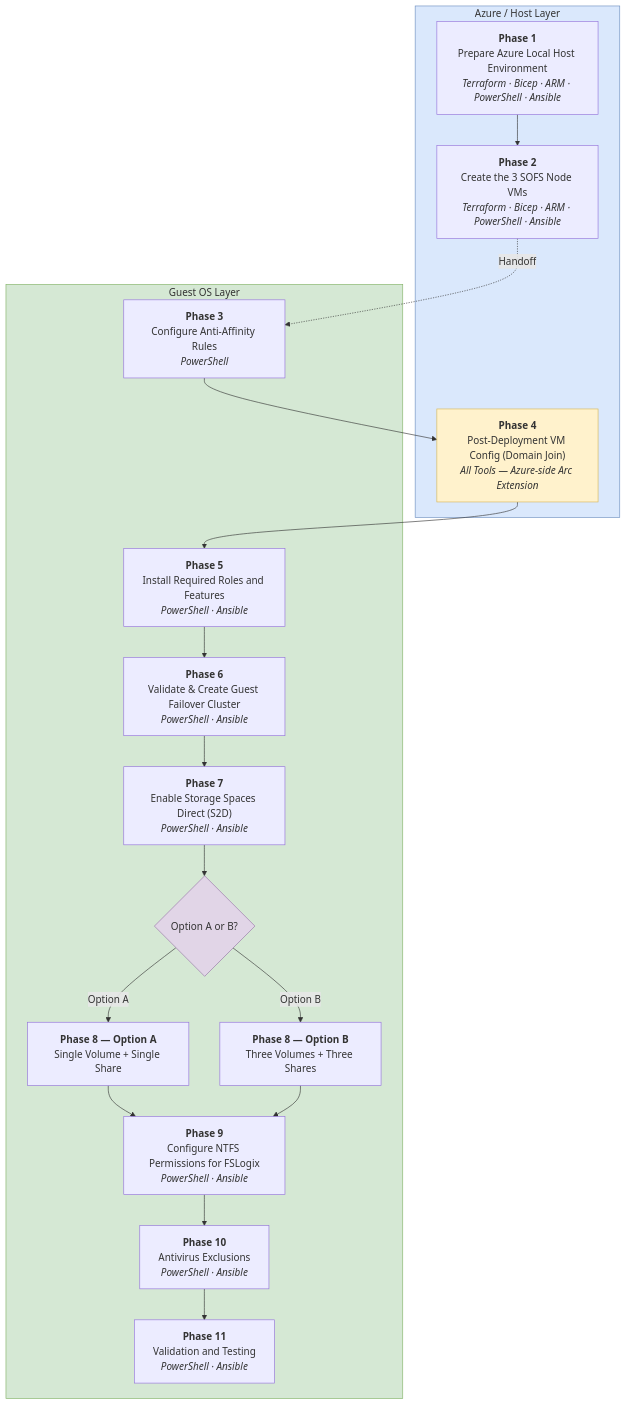
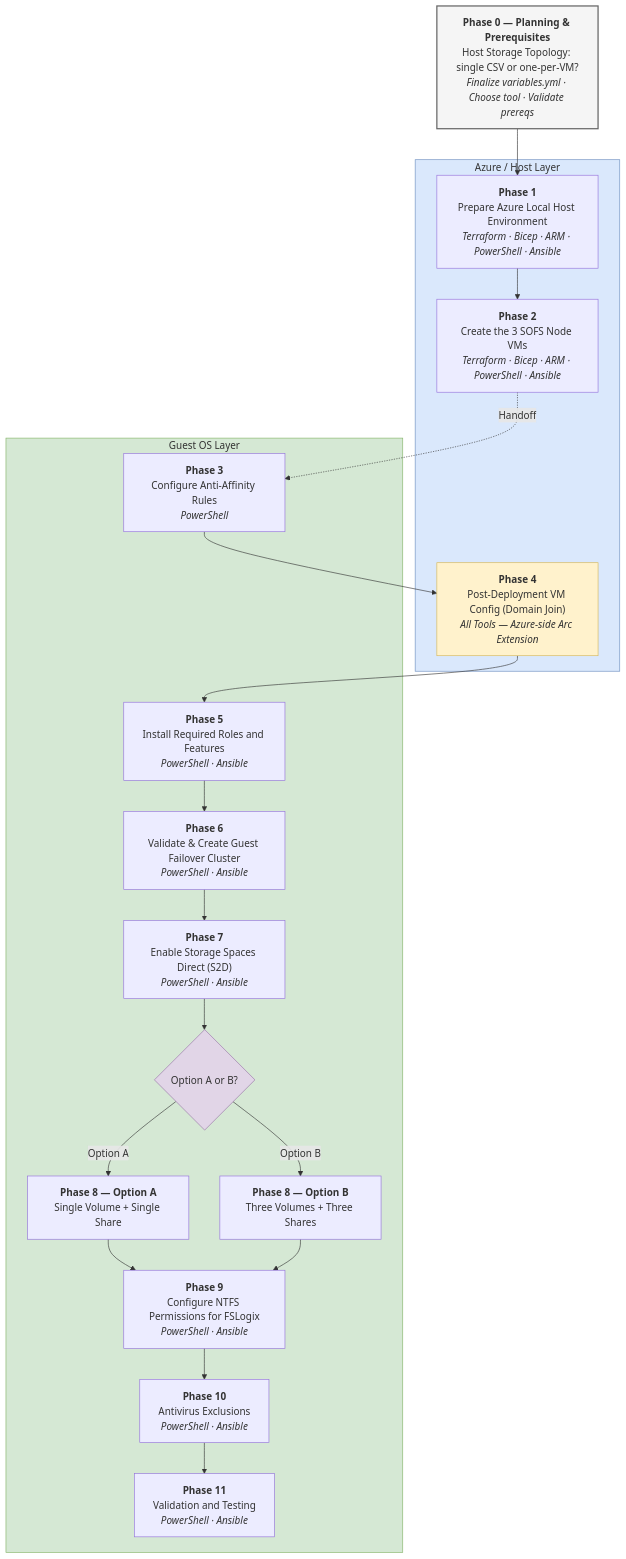
Before and after one commit to AzureLocal/azurelocal-sofs-fslogix: the diagram in docs/architecture/overview.md, drawn with Mermaid. The commit also changed other lines of this file and 2 other files, not shown here.

Commit message:
docs: add Phase 0 planning checkpoint to deployment diagram
- Replace original 11-phase diagram with Phase 0 variant
- Phase 0 shows host storage topology decision (single CSV vs one-per-VM)
- Re-export PNG at 2x scale (332 KB)
- Update Mermaid diagram in overview.md with Phase 0 node
- Clean up draft option1/option2 drawio files

````diff
--- a/docs/architecture/overview.md
+++ b/docs/architecture/overview.md
@@ -73,40 +73,44 @@
 ```mermaid
 flowchart TD
+    P0["<b>Phase 0 — Planning & Prerequisites</b><br/>Host Storage Topology: single CSV or one-per-VM?<br/><i>Finalize variables.yml · Choose tool · Validate prereqs</i>"]
+
     subgraph azure["Azure / Host Layer"]
         P1["<b>Phase 1</b><br/>Prepare Azure Local Host Environment<br/><i>Terraform · Bicep · ARM · PowerShell · Ansible</i>"]
         P2["<b>Phase 2</b><br/>Create the 3 SOFS Node VMs<br/><i>Terraform · Bicep · ARM · PowerShell · Ansible</i>"]
         P4["<b>Phase 4</b><br/>Post-Deployment VM Config (Domain Join)<br/><i>All Tools — Azure-side Arc Extension</i>"]
     end
 
     subgraph guest["Guest OS Layer"]
         P3["<b>Phase 3</b><br/>Configure Anti-Affinity Rules<br/><i>PowerShell</i>"]
         P5["<b>Phase 5</b><br/>Install Required Roles and Features<br/><i>PowerShell · Ansible</i>"]
         P6["<b>Phase 6</b><br/>Validate & Create Guest Failover Cluster<br/><i>PowerShell · Ansible</i>"]
         P7["<b>Phase 7</b><br/>Enable Storage Spaces Direct (S2D)<br/><i>PowerShell · Ansible</i>"]
         D{"Option A or B?"}
         P8A["<b>Phase 8 — Option A</b><br/>Single Volume + Single Share"]
         P8B["<b>Phase 8 — Option B</b><br/>Three Volumes + Three Shares"]
         P9["<b>Phase 9</b><br/>Configure NTFS Permissions for FSLogix<br/><i>PowerShell · Ansible</i>"]
         P10["<b>Phase 10</b><br/>Antivirus Exclusions<br/><i>PowerShell · Ansible</i>"]
         P11["<b>Phase 11</b><br/>Validation and Testing<br/><i>PowerShell · Ansible</i>"]
     end
 
+    P0 --> P1
     P1 --> P2
     P2 -.->|Handoff| P3
     P3 --> P4
     P4 --> P5
     P5 --> P6
     P6 --> P7
     P7 --> D
     D -->|Option A| P8A
     D -->|Option B| P8B
     P8A --> P9
     P8B --> P9
     P9 --> P10
     P10 --> P11
 
+    style P0 fill:#f5f5f5,stroke:#666666,stroke-width:2px,color:#333
     style azure fill:#dae8fc,stroke:#6c8ebf,color:#333
     style guest fill:#d5e8d4,stroke:#82b366,color:#333
     style P4 fill:#fff2cc,stroke:#d6b656,color:#333
     style D fill:#e1d5e7,stroke:#9673a6,color:#333
 ```
````
